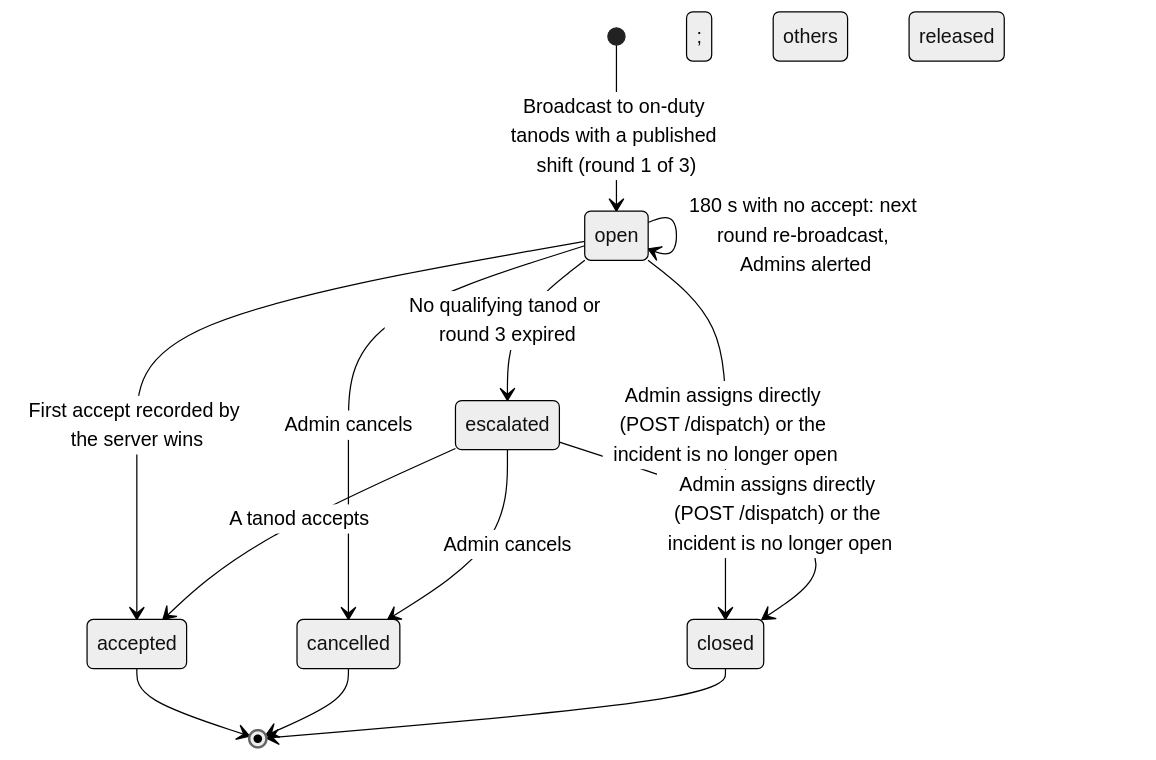
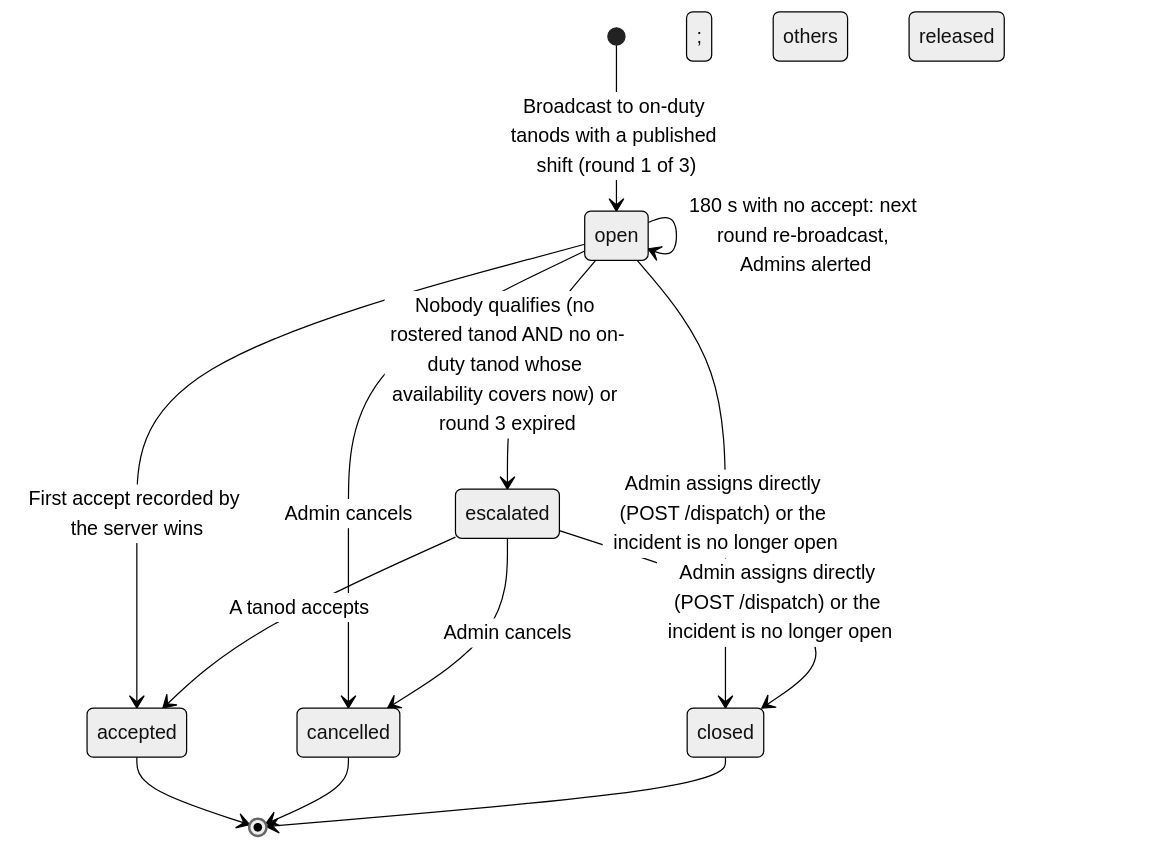
One commit to jpbuenosaires/Baranguard changed diagram 11 of 13 in docs/WORKFLOWS_AND_RULES.md. Above: the diagram before and after it, drawn with Mermaid (neutral theme). The commit also changed other lines of this file and 3 other files, not shown here.

````diff
--- a/docs/WORKFLOWS_AND_RULES.md
+++ b/docs/WORKFLOWS_AND_RULES.md
@@ -352,15 +349,15 @@
 ```mermaid
 stateDiagram-v2
     [*] --> open : Broadcast to on-duty tanods with a published shift (round 1 of 3)
     open --> accepted : First accept recorded by the server wins; others released
     open --> open : 180 s with no accept: next round re-broadcast, Admins alerted
-    open --> escalated : No qualifying tanod or round 3 expired
+    open --> escalated : Nobody qualifies (no rostered tanod AND no on-duty tanod whose availability covers now) or round 3 expired
     escalated --> accepted : A tanod accepts
     open --> closed : Admin assigns directly (POST /dispatch) or the incident is no longer open
     escalated --> closed : Admin assigns directly (POST /dispatch) or the incident is no longer open
     open --> cancelled : Admin cancels
     escalated --> cancelled : Admin cancels
     accepted --> [*]
     cancelled --> [*]
     closed --> [*]
 ```
````
